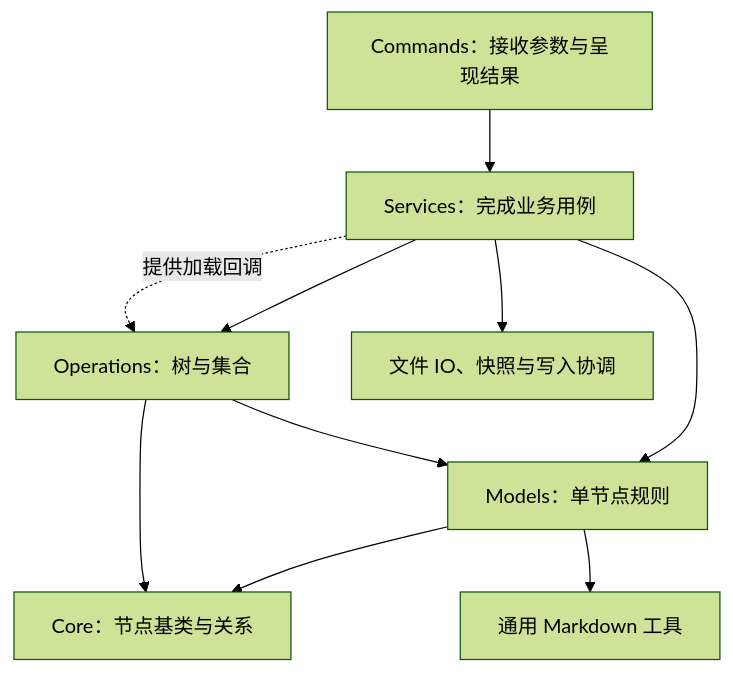
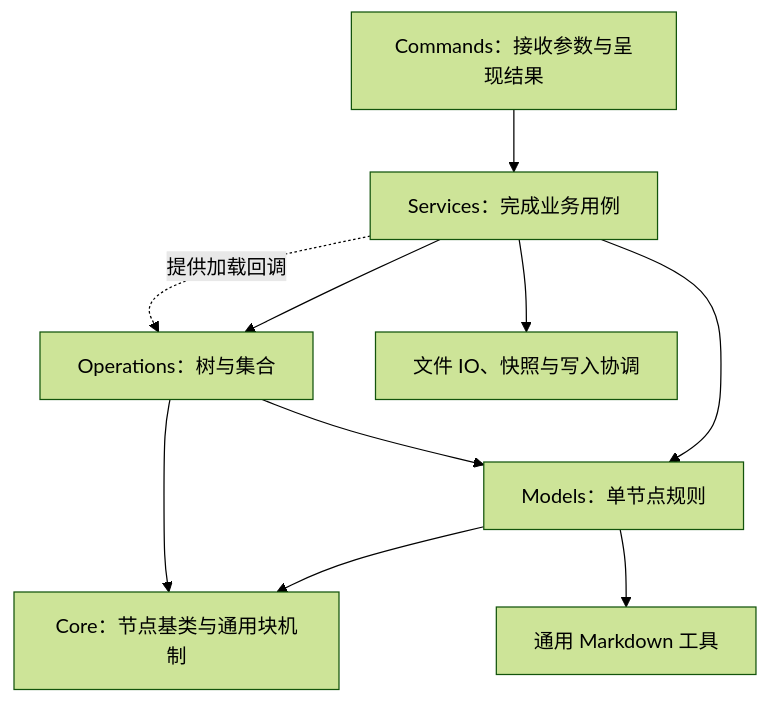
Before and after one commit to VirusPC/edges-brain-viruspc: the first of 2 diagrams in extensions/cli/README.md, drawn with Mermaid (forest theme). The commit also changed other lines of this file and 38 other files, not shown here.

````diff
--- a/extensions/cli/README.md
+++ b/extensions/cli/README.md
@@ -44,12 +44,12 @@
 ```mermaid
 flowchart TD
     C[Commands：接收参数与呈现结果] --> S[Services：完成业务用例]
     S --> M[Models：单节点规则]
     S --> O[Operations：树与集合]
     O --> M
-    M --> Core[Core：节点基类与关系]
+    M --> Core[Core：节点基类与通用块机制]
     O --> Core
     M --> U[通用 Markdown 工具]
     S --> F[文件 IO、快照与写入协调]
     S -. 提供加载回调 .-> O
 ```
````
